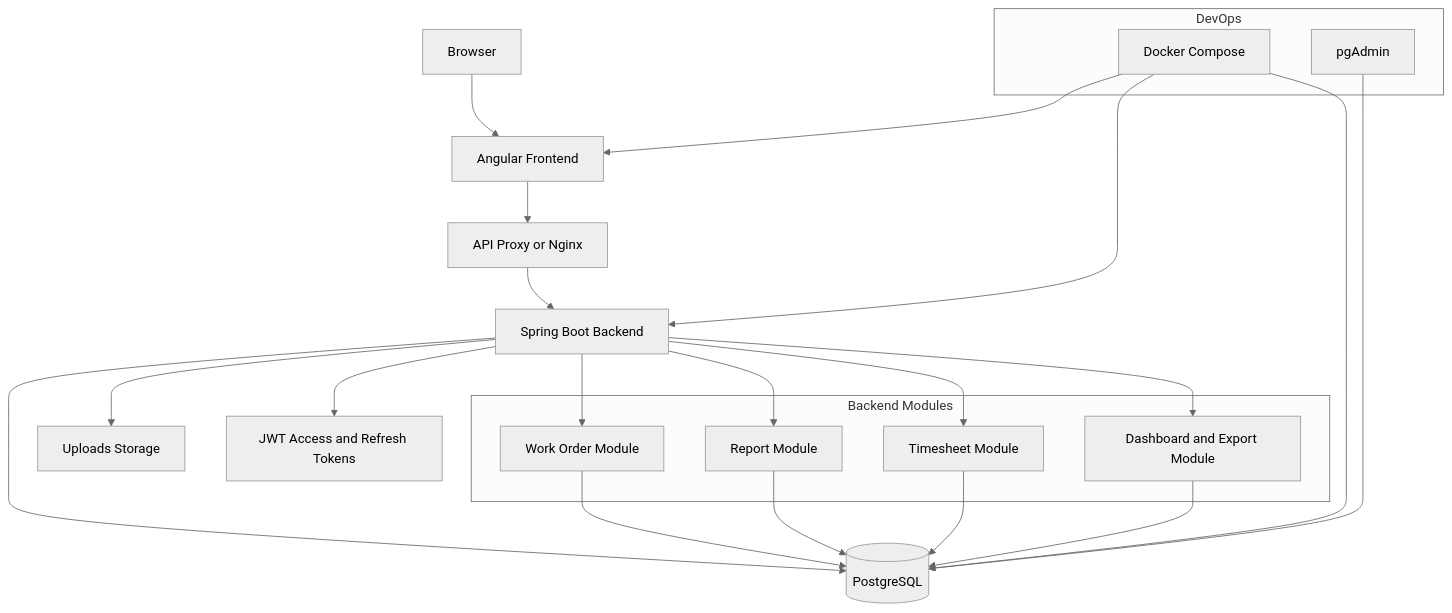
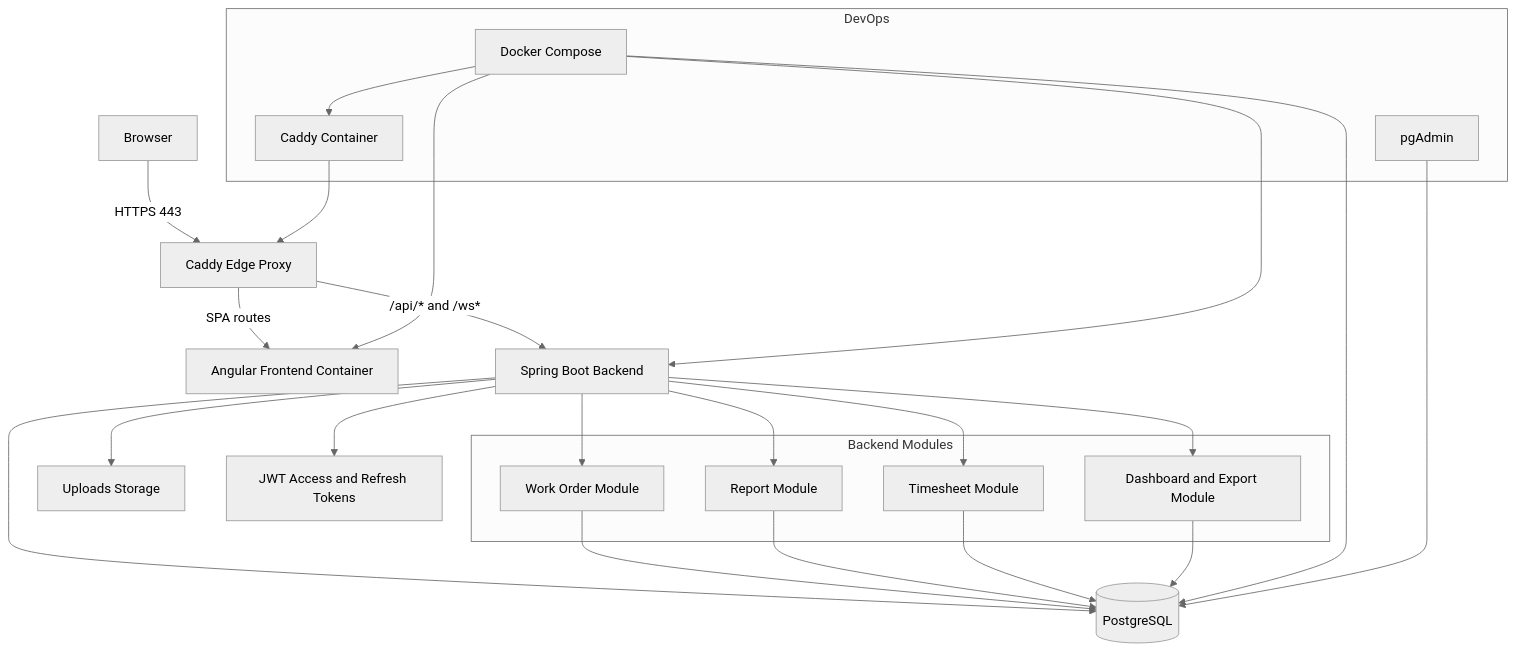
One commit to skawuma/A3-FSM-Deployment changed the second of 13 diagrams in README.MD. Above: the diagram before and after it, drawn with Mermaid (neutral theme). The commit also changed 4 other files, not shown here.

Commit message:
docs: document Caddy edge proxy architecture

````diff
--- a/README.MD
+++ b/README.MD
@@ -190,35 +190,38 @@
 ```mermaid
 flowchart TB
-    U[Browser] --> F[Angular Frontend]
-    F --> P[API Proxy or Nginx]
-    P --> B[Spring Boot Backend]
+    U[Browser] -->|HTTPS 443| C[Caddy Edge Proxy]
+    C -->|SPA routes| F[Angular Frontend Container]
+    C -->|/api/* and /ws*| B[Spring Boot Backend]
     B --> DB[(PostgreSQL)]
     B --> FS[Uploads Storage]
     B --> JWT[JWT Access and Refresh Tokens]
 
     subgraph Backend Modules
         WO[Work Order Module]
         REP[Report Module]
         TS[Timesheet Module]
         DASH[Dashboard and Export Module]
     end
 
     B --> WO
     B --> REP
     B --> TS
     B --> DASH
     WO --> DB
     REP --> DB
     TS --> DB
     DASH --> DB
 
     subgraph DevOps
         DC[Docker Compose]
+        EDGE[Caddy Container]
         PGA[pgAdmin]
     end
 
+    DC --> EDGE
     DC --> F
     DC --> B
     DC --> DB
+    EDGE --> C
     PGA --> DB
 ```
````
